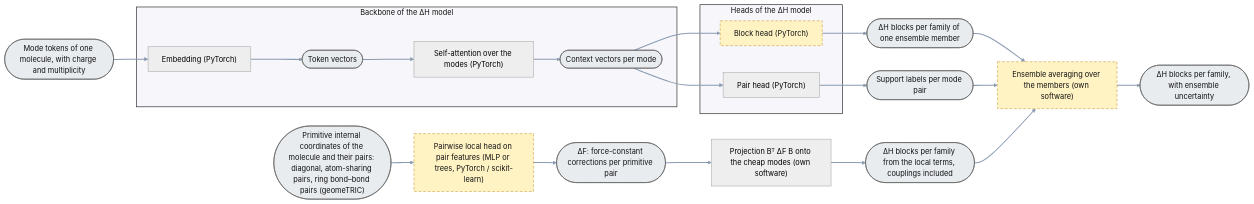
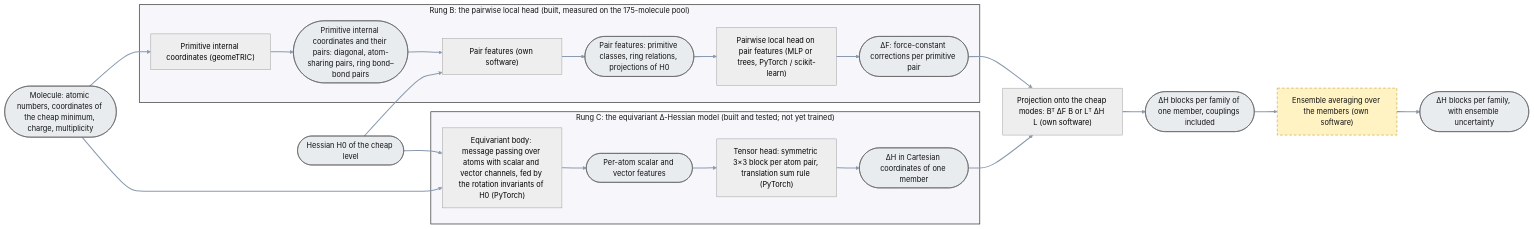
Before and after one commit to thebreadishard/udacity-capstone-plan: the diagram in plans/05_delta-probed-ir-pipeline/GoalGathering/architecture/50_deltaH_model_components.mmd, drawn with Mermaid (neutral theme). The commit also changed 5 other files, not shown here.

Commit message:
Architecture sheets 00/30/50/80 and ARCHITECTURE.md: couplings in local coordinates and rung C replace the mode-token main path (decision 49, 23 Sep; rung C built 25 Sep); fences synced; all six render; ledger

```diff
--- a/plans/05_delta-probed-ir-pipeline/GoalGathering/architecture/50_deltaH_model_components.mmd
+++ b/plans/05_delta-probed-ir-pipeline/GoalGathering/architecture/50_deltaH_model_components.mmd
@@ -1,45 +1,50 @@
-%% Components of the ΔH model (level 4): what happens inside the step "Forward pass (ΔH model, PyTorch)" of sheet 8 (the spectrum pipeline). Backbone = embedding and self-attention; heads = block head and pair head; the ensemble consists of members with different seeds. Target architecture; largely not built yet.
+%% Components of the ΔH model (level 4): what happens inside the step "Forward pass (ΔH model, PyTorch)" of sheet 8 (the spectrum pipeline). Since decision 49
+%% (23 September 2026) the couplings are learned in local coordinates, by two variants under test: the pairwise local head on primitive-pair features (rung B, built
+%% and measured) and the equivariant Δ-Hessian model with a tensor head (rung C, built and tested 25 September; training waits for the decision of 27 September). Both
+%% are projected onto the cheap modes; the ensemble consists of members with different seeds. The mode-token backbone of 6 September (embedding + self-attention over
+%% mode tokens) was dropped: E7 showed the couplings unlearnable in the mode basis; its block head remains module 05's pre-registered baseline for the diagonal.
 %% Rectangle = process step (operation + software); rounded ends = data object (the thing). Every step yields one data object. Dashed = not built yet.
 flowchart LR
   linkStyle default stroke:#8a9bb0,stroke-width:2.2px
   classDef planned stroke-dasharray: 6 4,stroke:#b8860b,fill:#fff3c4,color:#111
   classDef data fill:#e9ecef,stroke:#555,color:#111
   classDef part fill:#f7f7fb,stroke:#333,stroke-width:1.5px,color:#111
 
-  TOK(["Mode tokens of one molecule, with charge and multiplicity"]):::data
-  EMB["Embedding (PyTorch)"]
-  EMBV(["Token vectors"]):::data
-  ATT["Self-attention over the modes (PyTorch)"]
-  CTX(["Context vectors per mode"]):::data
-  BLK["Block head (PyTorch)"]:::planned
-  BLKS(["ΔH blocks per family of one ensemble member"]):::data
-  PAIR["Pair head (PyTorch)"]
-  PAIRS(["Support labels per mode pair"]):::data
+  GEO(["Molecule: atomic numbers, coordinates of the cheap minimum, charge, multiplicity"]):::data
+  SK(["Hessian H0 of the cheap level"]):::data
+  PRIMC["Primitive internal coordinates (geomeTRIC)"]
+  PRIM(["Primitive internal coordinates and their pairs: diagonal, atom-sharing pairs, ring bond–bond pairs"]):::data
+  FEAT["Pair features (own software)"]
+  PF(["Pair features: primitive classes, ring relations, projections of H0"]):::data
+  LOC["Pairwise local head on pair features (MLP or trees, PyTorch / scikit-learn)"]
+  DFL(["ΔF: force-constant corrections per primitive pair"]):::data
+  EQB["Equivariant body: message passing over atoms with scalar and vector channels, fed by the rotation invariants of H0 (PyTorch)"]
+  ATOMF(["Per-atom scalar and vector features"]):::data
+  TH["Tensor head: symmetric 3×3 block per atom pair, translation sum rule (PyTorch)"]
+  DHC(["ΔH in Cartesian coordinates of one member"]):::data
+  PROJ["Projection onto the cheap modes: Bᵀ ΔF B or Lᵀ ΔH L (own software)"]
+  KLOC(["ΔH blocks per family of one member, couplings included"]):::data
   ENSA["Ensemble averaging over the members (own software)"]:::planned
   OUT(["ΔH blocks per family, with ensemble uncertainty"]):::data
 
-  subgraph BB["Backbone of the ΔH model"]
-    EMB
-    EMBV
-    ATT
-    CTX
+  subgraph RB["Rung B: the pairwise local head (built, measured on the 175-molecule pool)"]
+    PRIMC
+    PRIM
+    FEAT
+    PF
+    LOC
+    DFL
   end
-  subgraph HD["Heads of the ΔH model"]
-    BLK
-    PAIR
+  subgraph RC["Rung C: the equivariant Δ-Hessian model (built and tested; not yet trained)"]
+    EQB
+    ATOMF
+    TH
+    DHC
   end
-  class BB,HD part
+  class RB,RC part
 
-  %% Decision 49 (23 September 2026): the couplings are predicted as pairwise local terms in primitive internal coordinates and projected onto the
-  %% mode basis; the mode-basis block head stays as module 05's pre-registered baseline for the diagonal. Pre-registered E7: ring coupling ratio
-  %% 0.43 / 0.47 on the two hold-outs, corrected frequencies 4.7 / 5.1 cm-1 (mode basis: 1.00, i.e. no coupling learned).
-  PRIM(["Primitive internal coordinates of the molecule and their pairs: diagonal, atom-sharing pairs, ring bond–bond pairs (geomeTRIC)"]):::data
-  LOC["Pairwise local head on pair features (MLP or trees, PyTorch / scikit-learn)"]:::planned
-  DFL(["ΔF: force-constant corrections per primitive pair"]):::data
-  PROJ["Projection Bᵀ ΔF B onto the cheap modes (own software)"]
-  KLOC(["ΔH blocks per family from the local terms, couplings included"]):::data
-
-  TOK --> EMB --> EMBV --> ATT --> CTX
-  CTX --> BLK --> BLKS --> ENSA --> OUT
-  CTX --> PAIR --> PAIRS --> ENSA
-  PRIM --> LOC --> DFL --> PROJ --> KLOC --> ENSA
+  GEO --> PRIMC --> PRIM --> FEAT --> PF --> LOC --> DFL --> PROJ
+  SK --> FEAT
+  GEO --> EQB
+  SK --> EQB --> ATOMF --> TH --> DHC --> PROJ
+  PROJ --> KLOC --> ENSA --> OUT
```
